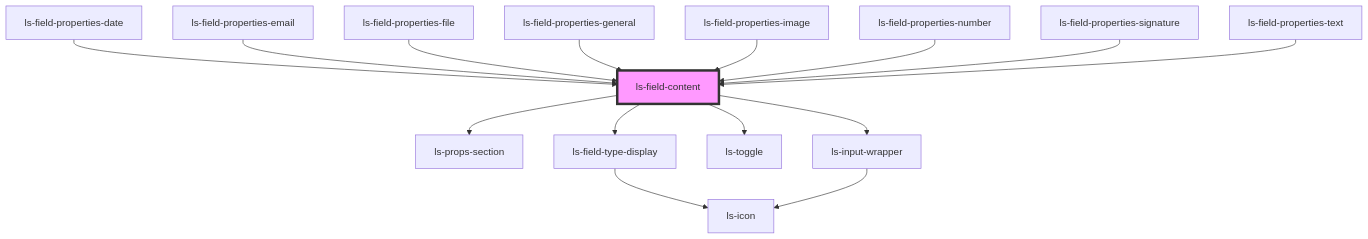
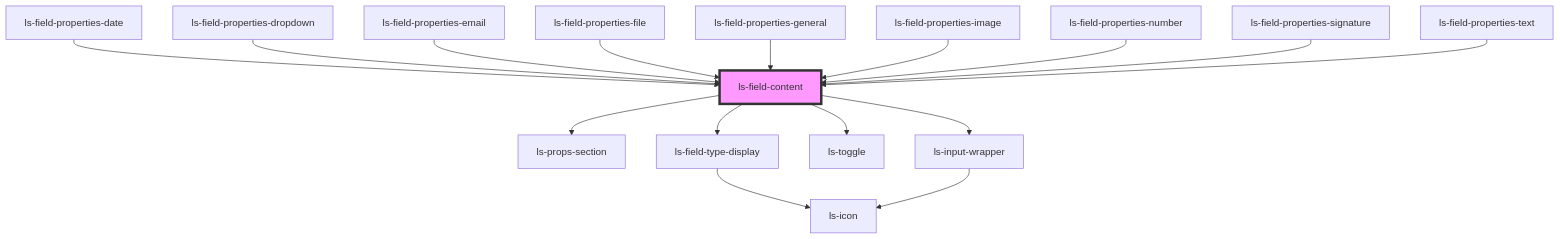
The diagram in src/components/ls-field-content/readme.md (legalesign/ls-document-viewer), drawn with Mermaid before and after one commit. The commit also changed other lines of this file and 27 other files, not shown here.

````diff
--- a/src/components/ls-field-content/readme.md
+++ b/src/components/ls-field-content/readme.md
@@ -45,18 +46,19 @@
 ```mermaid
 graph TD;
   ls-field-content --> ls-props-section
   ls-field-content --> ls-field-type-display
   ls-field-content --> ls-toggle
   ls-field-content --> ls-input-wrapper
   ls-field-type-display --> ls-icon
   ls-input-wrapper --> ls-icon
   ls-field-properties-date --> ls-field-content
+  ls-field-properties-dropdown --> ls-field-content
   ls-field-properties-email --> ls-field-content
   ls-field-properties-file --> ls-field-content
   ls-field-properties-general --> ls-field-content
   ls-field-properties-image --> ls-field-content
   ls-field-properties-number --> ls-field-content
   ls-field-properties-signature --> ls-field-content
   ls-field-properties-text --> ls-field-content
   style ls-field-content fill:#f9f,stroke:#333,stroke-width:4px
 ```
````
